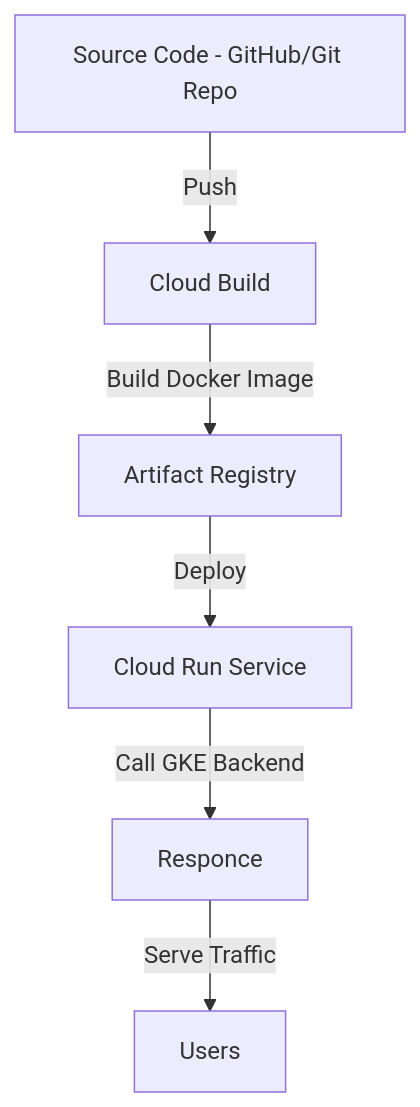
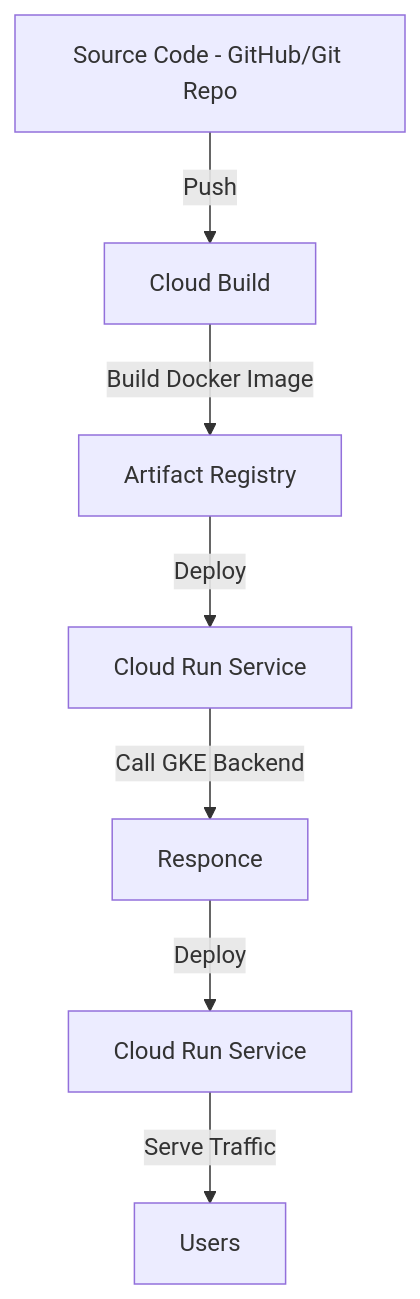
One commit to Sahil-502/cloudrun-gke-bridge changed the diagram in README.md. Above: the diagram before and after it, drawn with Mermaid.

````diff
--- a/README.md
+++ b/README.md
@@ -6,8 +6,9 @@
 ```mermaid
 flowchart TD
     A[Source Code - GitHub/Git Repo] -->|Push| B[Cloud Build]
     B -->|Build Docker Image| C[Artifact Registry]
     C -->|Deploy| D[Cloud Run Service]
     D -->|Call GKE Backend| E[Responce]
-    E -->|Serve Traffic| F[Users]
+    E -->|Deploy| F[Cloud Run Service]
+    F -->|Serve Traffic| G[Users]
 ```
````
